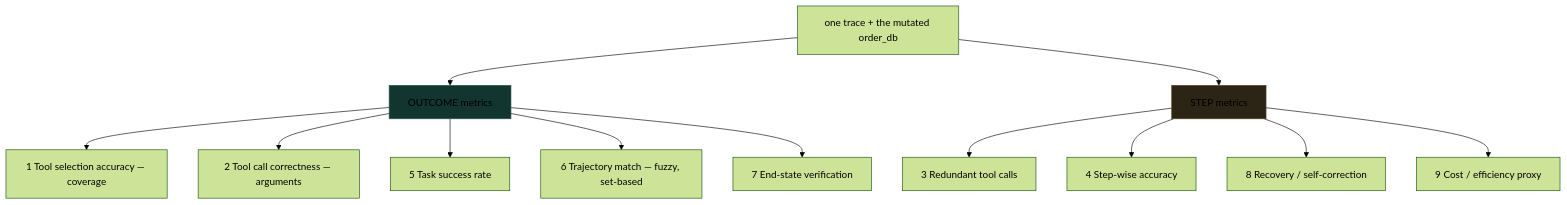
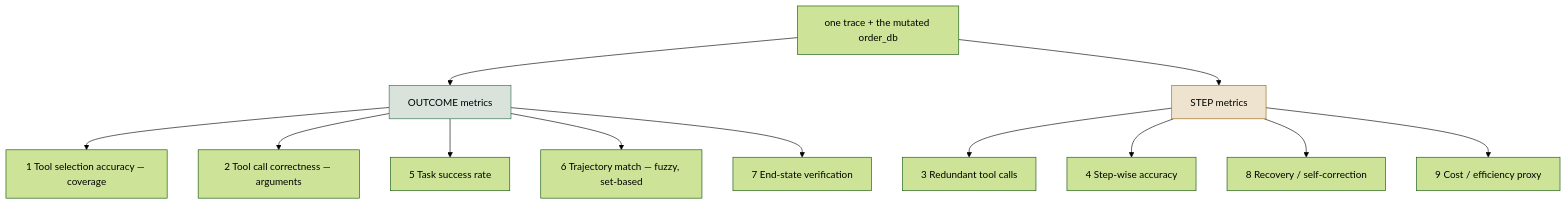
The fifth of 5 diagrams in docs/concepts/rag-agent-tool-evaluation.md (Sourav692/Agent_Evaluation_Demystified), drawn with Mermaid (forest theme) before and after one commit. The commit also changed other lines of this file and 17 other files, not shown here.

````diff
--- a/docs/concepts/rag-agent-tool-evaluation.md
+++ b/docs/concepts/rag-agent-tool-evaluation.md
@@ -1080,19 +1080,19 @@
 ```mermaid
 flowchart TD
     TR["one trace + the mutated order_db"] --> OUT["OUTCOME metrics"]
     TR --> STEP["STEP metrics"]
 
     OUT --> O1["1 Tool selection accuracy — coverage"]
     OUT --> O2["2 Tool call correctness — arguments"]
     OUT --> O5["5 Task success rate"]
     OUT --> O6["6 Trajectory match — fuzzy, set-based"]
     OUT --> O7["7 End-state verification"]
 
     STEP --> S3["3 Redundant tool calls"]
     STEP --> S4["4 Step-wise accuracy"]
     STEP --> S8["8 Recovery / self-correction"]
     STEP --> S9["9 Cost / efficiency proxy"]
 
-    style OUT fill:#12352f,stroke:#2c5a56
-    style STEP fill:#2c2415,stroke:#584523
+    style OUT fill:#D9E3DB,stroke:#2F6B4F
+    style STEP fill:#EDE3CE,stroke:#9A6A12
 ```
````
